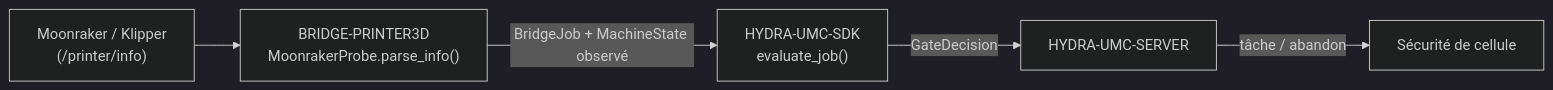
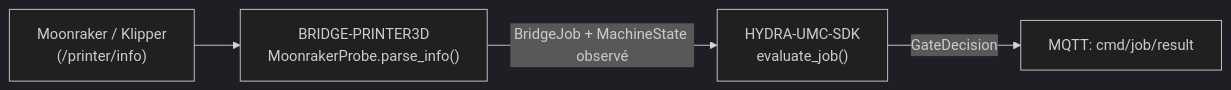
One commit to JuanenRac/HYDRA-UMC-BRIDGE-PRINTER3D changed the diagram in README_fra.md. Above: the diagram before and after it, drawn with Mermaid (dark theme). The commit also changed other lines of this file and 21 other files, not shown here.

````diff
--- a/README_fra.md
+++ b/README_fra.md
@@ -50,7 +51,6 @@
 ```mermaid
 flowchart LR
     PRINTER["Moonraker / Klipper<br/>(/printer/info)"] --> BRIDGE["BRIDGE-PRINTER3D<br/>MoonrakerProbe.parse_info()"]
     BRIDGE -- "BridgeJob + MachineState observé" --> SDK["HYDRA-UMC-SDK<br/>evaluate_job()"]
-    SDK -- GateDecision --> SERVER["HYDRA-UMC-SERVER"]
-    SERVER -- "tâche / abandon" --> CELL["Sécurité de cellule"]
+    SDK -- GateDecision --> RESULT["MQTT: cmd/job/result"]
 ```
````
